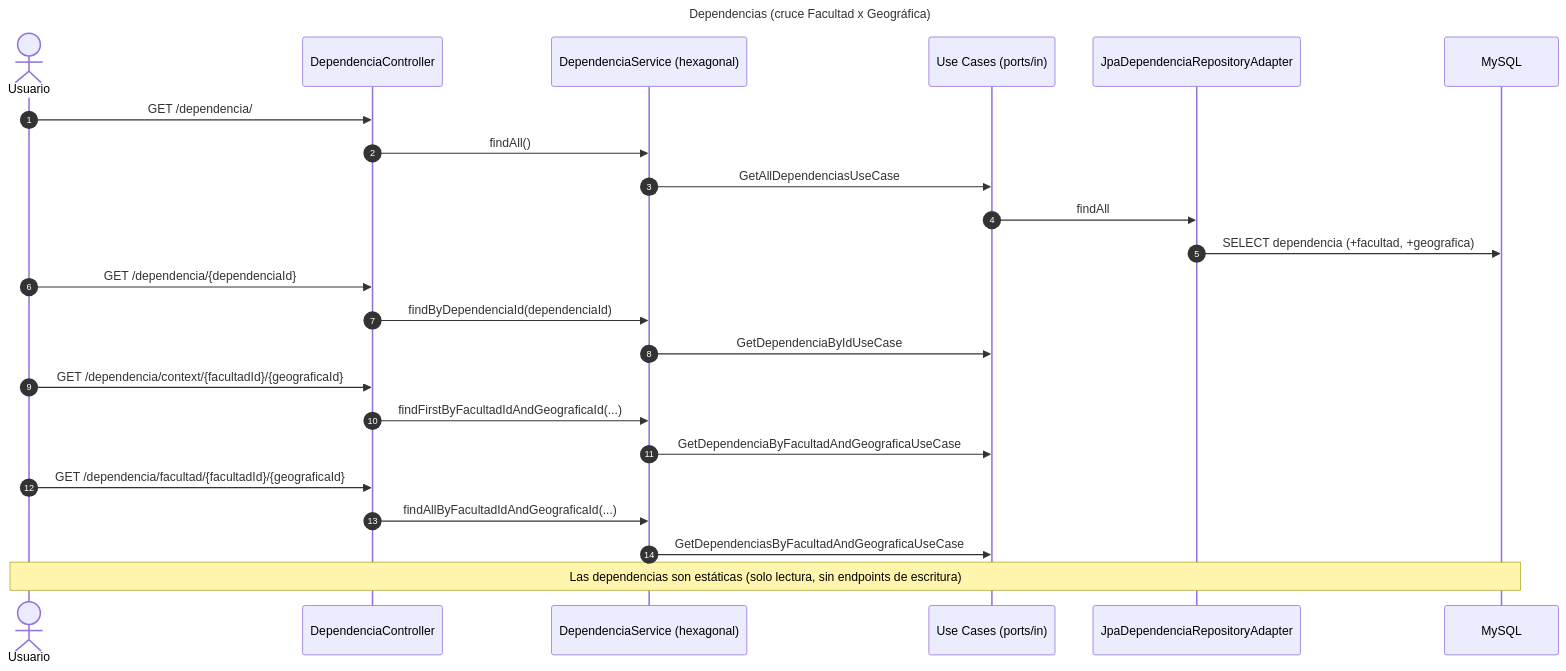
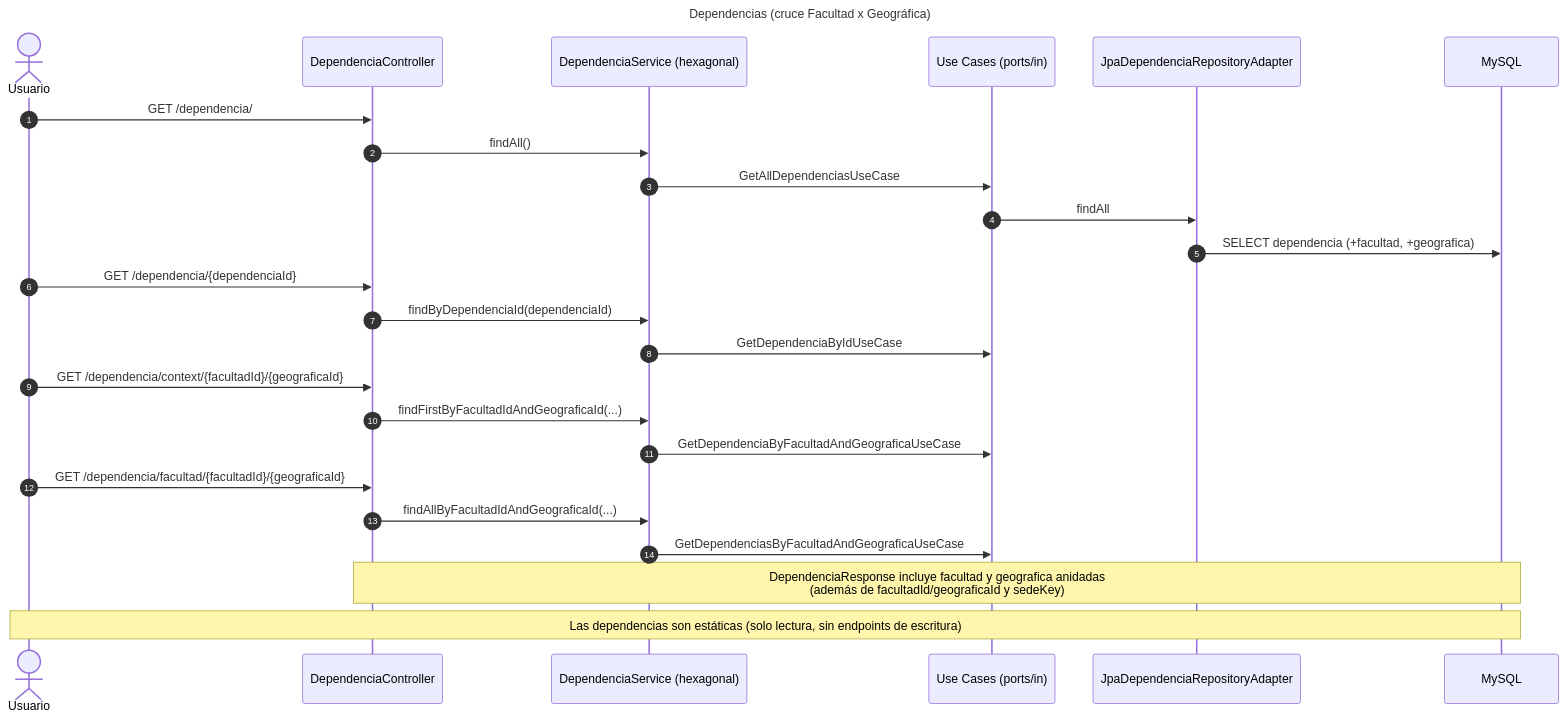
The diagram in docs/diagrams/flujo-dependencia.mmd (UM-services/UM.haberes.core-service), drawn with Mermaid before and after one commit. The commit also changed 58 other files, not shown here.

```diff
--- a/docs/diagrams/flujo-dependencia.mmd
+++ b/docs/diagrams/flujo-dependencia.mmd
@@ -1,28 +1,30 @@
 ---
 title: "Dependencias (cruce Facultad x Geográfica)"
 ---
 sequenceDiagram
     autonumber
     actor Usuario
     participant Ctrl as DependenciaController
     participant Svc as DependenciaService (hexagonal)
     participant UC as Use Cases (ports/in)
     participant Adapt as JpaDependenciaRepositoryAdapter
     participant DB as MySQL
 
     Usuario->>Ctrl: GET /dependencia/
     Ctrl->>Svc: findAll()
     Svc->>UC: GetAllDependenciasUseCase
     UC->>Adapt: findAll
     Adapt->>DB: SELECT dependencia (+facultad, +geografica)
     Usuario->>Ctrl: GET /dependencia/{dependenciaId}
     Ctrl->>Svc: findByDependenciaId(dependenciaId)
     Svc->>UC: GetDependenciaByIdUseCase
     Usuario->>Ctrl: GET /dependencia/context/{facultadId}/{geograficaId}
     Ctrl->>Svc: findFirstByFacultadIdAndGeograficaId(...)
     Svc->>UC: GetDependenciaByFacultadAndGeograficaUseCase
     Usuario->>Ctrl: GET /dependencia/facultad/{facultadId}/{geograficaId}
     Ctrl->>Svc: findAllByFacultadIdAndGeograficaId(...)
     Svc->>UC: GetDependenciasByFacultadAndGeograficaUseCase
 
+    Note over Ctrl,DB: DependenciaResponse incluye facultad y geografica anidadas<br/>(además de facultadId/geograficaId y sedeKey)
+
     Note over Usuario,DB: Las dependencias son estáticas (solo lectura, sin endpoints de escritura)
```
